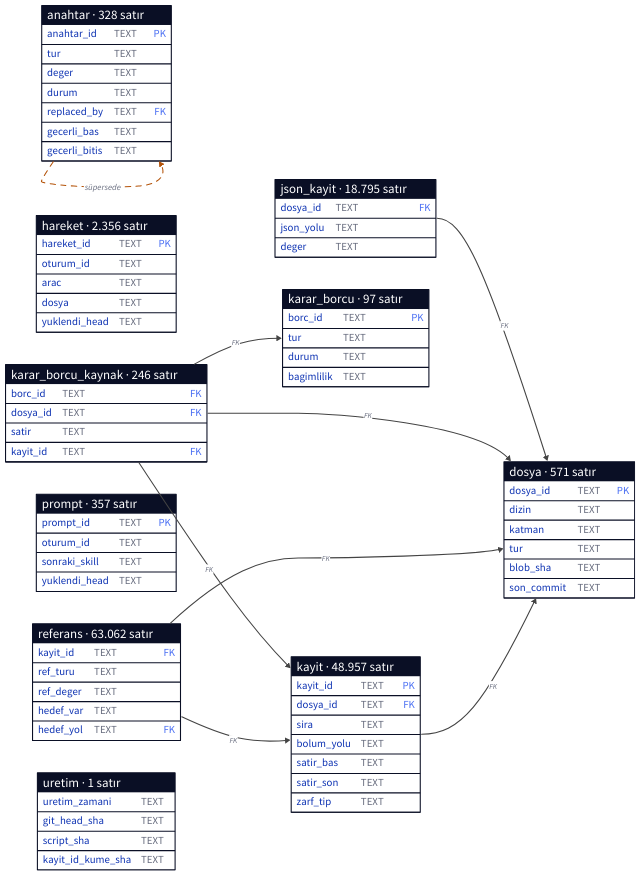
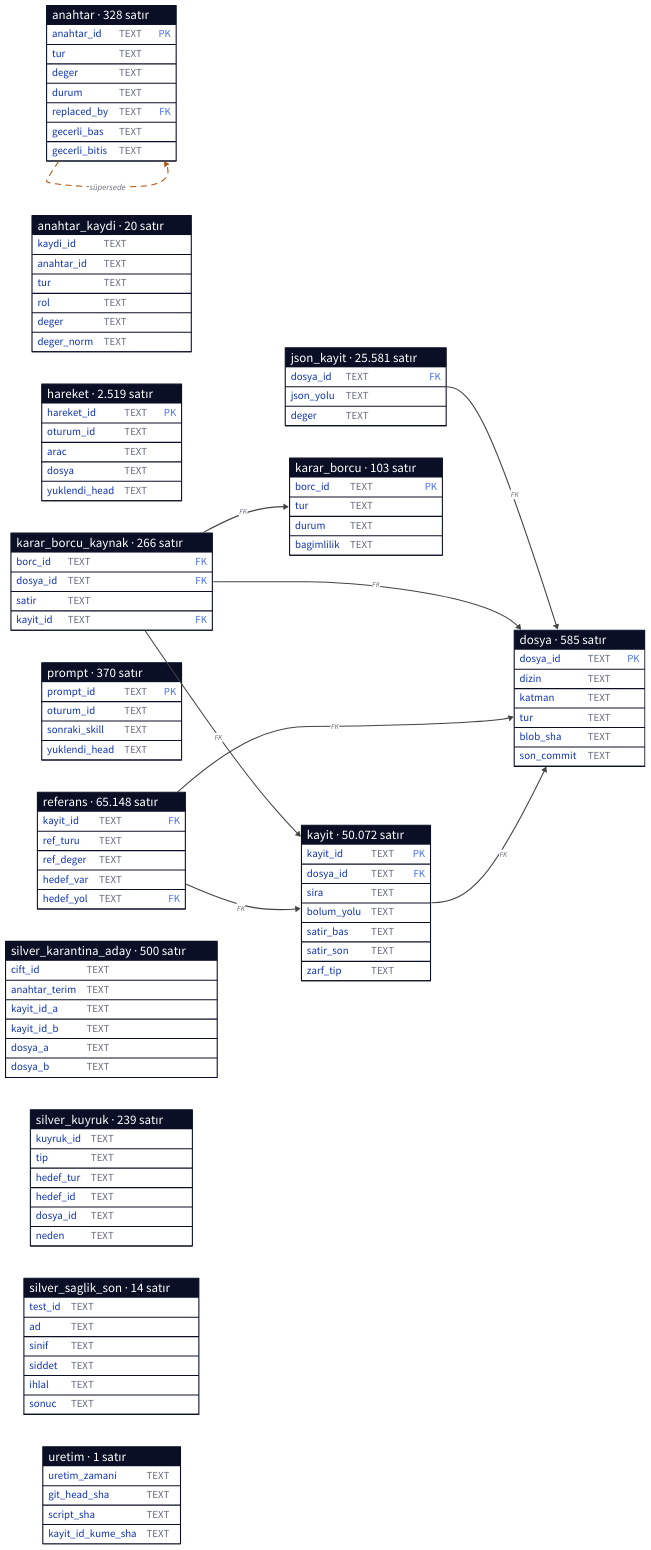
Before and after one commit to salihsahinin/sistem: the diagram in graf/pointer-sistemi-v0-silver.d2, drawn with D2. The commit also changed 24 other files, not shown here.

```diff
--- a/graf/pointer-sistemi-v0-silver.d2
+++ b/graf/pointer-sistemi-v0-silver.d2
@@ -1,105 +1,141 @@
 # Jarvis POINTER SİSTEMİ — SİLVER TABLOLARI — PK/FK (pano 1/4) (türetilmiş görünüm; ham kaynak silver/bronz)
-# üretici: tools/pointer-graf.py · silver 647d93c · HEAD 2836821 · d2 v0.8.1-HEAD · render: d2 --layout=elk (ELK bundled; TALA girmez; determinizm yerel sha256 ile ölçülür — Karar 65)
+# üretici: tools/pointer-graf.py · silver 9e78140 · HEAD 2928f84 · d2 v0.8.1-HEAD · render: d2 --layout=elk (ELK bundled; TALA girmez; determinizm yerel sha256 ile ölçülür — Karar 65)
 # içerik katmanı: düğüm/kenar = silver'dan script türetimi (LLM yazmaz); ilke/kronoloji = kanon SABİTİ (pointer'lı, script içinde); yorum katmanı = bu # satırları
 direction: right
 classes: {
   kutu: { style: { fill: "#F4F4F4"; stroke: "#444444"; font-size: 16; border-radius: 6 } }
   pointer: { style: { fill: "#E8F0FE"; stroke: "#1A56DB"; border-radius: 6 } }
   anahtar: { style: { fill: "#FFF4E5"; stroke: "#B45309"; border-radius: 6 } }
   hat: { style: { fill: "#ECFDF5"; stroke: "#047857"; bold: true; border-radius: 6 } }
   ilke: { shape: hexagon; style: { fill: "#FDF2F8"; stroke: "#9D174D" } }
   kron: { shape: page; style: { fill: "#FFFFFF"; stroke: "#6B7280" } }
   dis: { shape: cloud; style: { fill: "#FAFAFA"; stroke: "#9CA3AF" } }
   kirik: { style: { stroke: "#DC2626"; stroke-dash: 3; font-size: 14 } }
   supersede: { style: { stroke: "#B45309"; stroke-dash: 5 } }
   fk: { style: { stroke: "#444444"; font-size: 14 } }
   turetir: { style: { stroke: "#047857"; stroke-width: 3 } }
   uygular: { style: { stroke: "#9D174D"; stroke-dash: 2; font-size: 14 } }
 }
 anahtar: "anahtar · 328 satır" {
   shape: sql_table
   anahtar_id: TEXT { constraint: primary_key }
   tur: TEXT
   deger: TEXT
   durum: TEXT
   replaced_by: TEXT { constraint: foreign_key }
   gecerli_bas: TEXT
   gecerli_bitis: TEXT
 }
-dosya: "dosya · 571 satır" {
+anahtar_kaydi: "anahtar_kaydi · 20 satır" {
+  shape: sql_table
+  kaydi_id: TEXT
+  anahtar_id: TEXT
+  tur: TEXT
+  rol: TEXT
+  deger: TEXT
+  deger_norm: TEXT
+}
+dosya: "dosya · 585 satır" {
   shape: sql_table
   dosya_id: TEXT { constraint: primary_key }
   dizin: TEXT
   katman: TEXT
   tur: TEXT
   blob_sha: TEXT
   son_commit: TEXT
 }
-hareket: "hareket · 2.356 satır" {
+hareket: "hareket · 2.519 satır" {
   shape: sql_table
   hareket_id: TEXT { constraint: primary_key }
   oturum_id: TEXT
   arac: TEXT
   dosya: TEXT
   yuklendi_head: TEXT
 }
-json_kayit: "json_kayit · 18.795 satır" {
+json_kayit: "json_kayit · 25.581 satır" {
   shape: sql_table
   dosya_id: TEXT { constraint: foreign_key }
   json_yolu: TEXT
   deger: TEXT
 }
-karar_borcu: "karar_borcu · 97 satır" {
+karar_borcu: "karar_borcu · 103 satır" {
   shape: sql_table
   borc_id: TEXT { constraint: primary_key }
   tur: TEXT
   durum: TEXT
   bagimlilik: TEXT
 }
-karar_borcu_kaynak: "karar_borcu_kaynak · 246 satır" {
+karar_borcu_kaynak: "karar_borcu_kaynak · 266 satır" {
   shape: sql_table
   borc_id: TEXT { constraint: foreign_key }
   dosya_id: TEXT { constraint: foreign_key }
   satir: TEXT
   kayit_id: TEXT { constraint: foreign_key }
 }
-kayit: "kayit · 48.957 satır" {
+kayit: "kayit · 50.072 satır" {
   shape: sql_table
   kayit_id: TEXT { constraint: primary_key }
   dosya_id: TEXT { constraint: foreign_key }
   sira: TEXT
   bolum_yolu: TEXT
   satir_bas: TEXT
   satir_son: TEXT
   zarf_tip: TEXT
 }
-prompt: "prompt · 357 satır" {
+prompt: "prompt · 370 satır" {
   shape: sql_table
   prompt_id: TEXT { constraint: primary_key }
   oturum_id: TEXT
   sonraki_skill: TEXT
   yuklendi_head: TEXT
 }
-referans: "referans · 63.062 satır" {
+referans: "referans · 65.148 satır" {
   shape: sql_table
   kayit_id: TEXT { constraint: foreign_key }
   ref_turu: TEXT
   ref_deger: TEXT
   hedef_var: TEXT
   hedef_yol: TEXT { constraint: foreign_key }
+}
+silver_karantina_aday: "silver_karantina_aday · 500 satır" {
+  shape: sql_table
+  cift_id: TEXT
+  anahtar_terim: TEXT
+  kayit_id_a: TEXT
+  kayit_id_b: TEXT
+  dosya_a: TEXT
+  dosya_b: TEXT
+}
+silver_kuyruk: "silver_kuyruk · 239 satır" {
+  shape: sql_table
+  kuyruk_id: TEXT
+  tip: TEXT
+  hedef_tur: TEXT
+  hedef_id: TEXT
+  dosya_id: TEXT
+  neden: TEXT
+}
+silver_saglik_son: "silver_saglik_son · 14 satır" {
+  shape: sql_table
+  test_id: TEXT
+  ad: TEXT
+  sinif: TEXT
+  siddet: TEXT
+  ihlal: TEXT
+  sonuc: TEXT
 }
 uretim: "uretim · 1 satır" {
   shape: sql_table
   uretim_zamani: TEXT
   git_head_sha: TEXT
   script_sha: TEXT
   kayit_id_kume_sha: TEXT
 }
 kayit.dosya_id -> dosya.dosya_id: "FK" { class: fk }
 referans.kayit_id -> kayit.kayit_id: "FK" { class: fk }
 referans.hedef_yol -> dosya.dosya_id: "FK" { class: fk }
 karar_borcu_kaynak.borc_id -> karar_borcu.borc_id: "FK" { class: fk }
 karar_borcu_kaynak.dosya_id -> dosya.dosya_id: "FK" { class: fk }
 karar_borcu_kaynak.kayit_id -> kayit.kayit_id: "FK" { class: fk }
 json_kayit.dosya_id -> dosya.dosya_id: "FK" { class: fk }
 anahtar.replaced_by -> anahtar.anahtar_id: "süpersede" { class: supersede }
```
